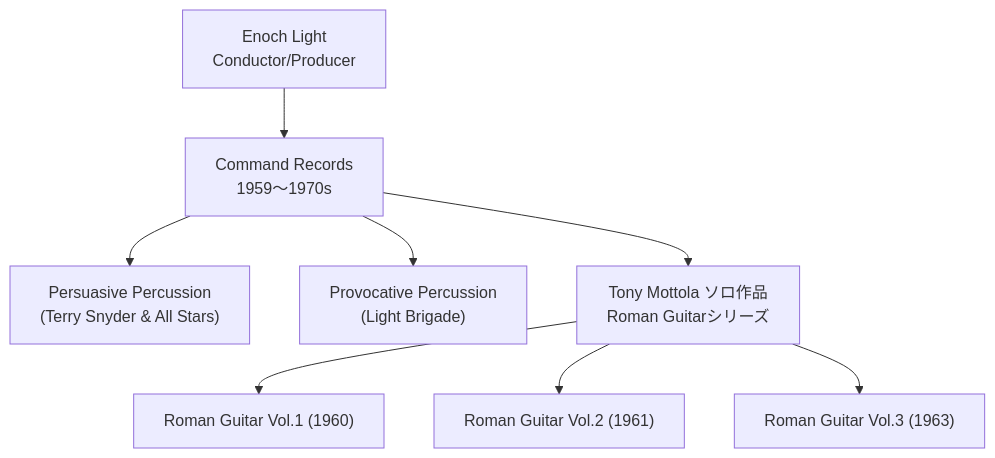
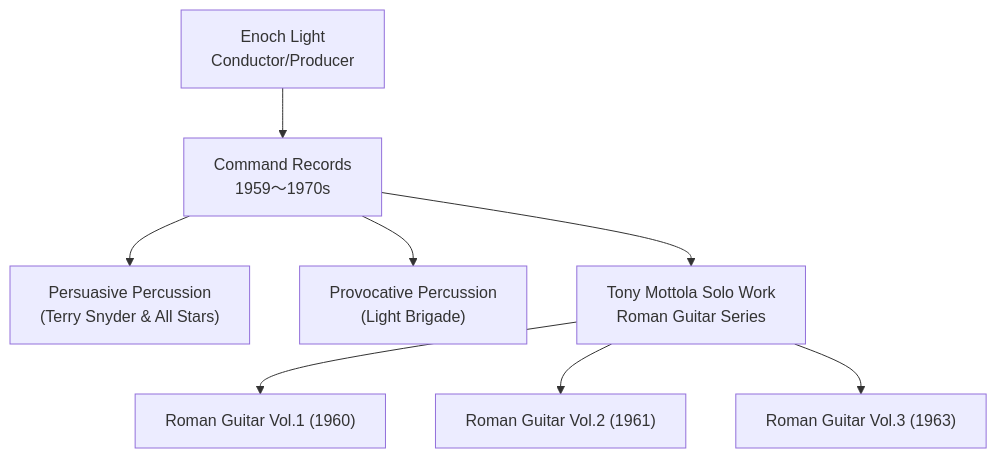
One commit to monumental-movement/monumental-movement.github.io changed the second of 2 diagrams in en/_posts/2025-10-04-Column-Enoch-Light-Command.md. Above: the diagram before and after it, drawn with Mermaid. The commit also changed other lines of this file and 851 other files, not shown here.

```diff
--- a/en/_posts/2025-10-04-Column-Enoch-Light-Command.md
+++ b/en/_posts/2025-10-04-Column-Enoch-Light-Command.md
@@ -131,12 +131,12 @@
 <div class="mermaid">
 
 flowchart TD
   A["Enoch Light<br>Conductor/Producer"] --> B["Command Records<br>1959〜1970s"]
   B --> C["Persuasive Percussion<br>(Terry Snyder & All Stars)"]
   B --> D["Provocative Percussion<br>(Light Brigade)"]
-  B --> E["Tony Mottola ソロ作品<br>Roman Guitarシリーズ"]
+  B --> E["Tony Mottola Solo Work<br>Roman Guitar Series"]
   E --> F["Roman Guitar Vol.1 (1960)"]
   E --> G["Roman Guitar Vol.2 (1961)"]
   E --> H["Roman Guitar Vol.3 (1963)"]
 
 </div>
```
